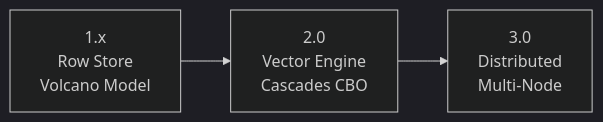
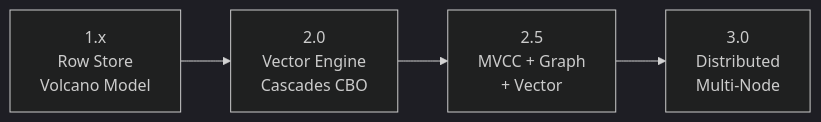
The second of 2 diagrams in README.md (yinglichina8848/sqlrustgo), drawn with Mermaid (dark theme) before and after one commit. The commit also changed other lines of this file and 7 other files, not shown here.

````diff
--- a/README.md
+++ b/README.md
@@ -57,9 +79,10 @@
 ```mermaid
 flowchart LR
 
     V1[1.x<br/>Row Store<br/>Volcano Model]
     V2[2.0<br/>Vector Engine<br/>Cascades CBO]
-    V3[3.0<br/>Distributed<br/>Multi-Node]
+    V3[2.5<br/>MVCC + Graph<br/>+ Vector]
+    V4[3.0<br/>Distributed<br/>Multi-Node]
 
-    V1 --> V2 --> V3
+    V1 --> V2 --> V3 --> V4
 ```
````
